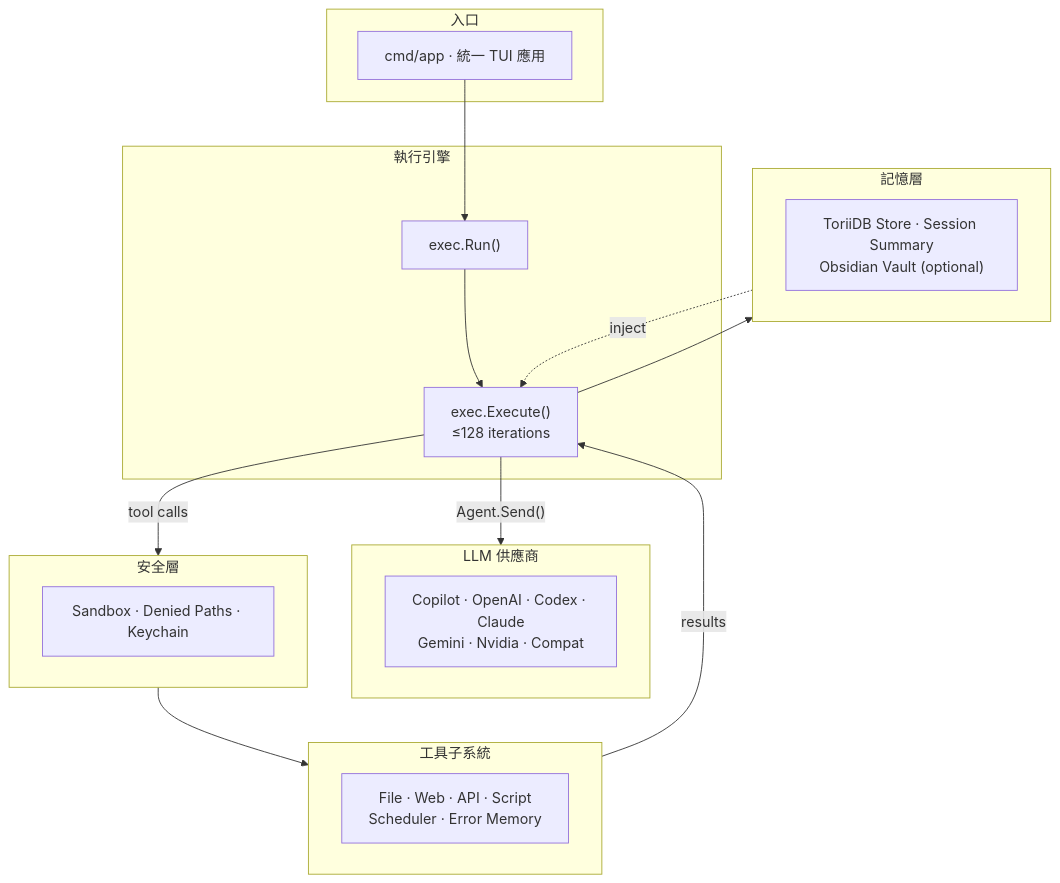
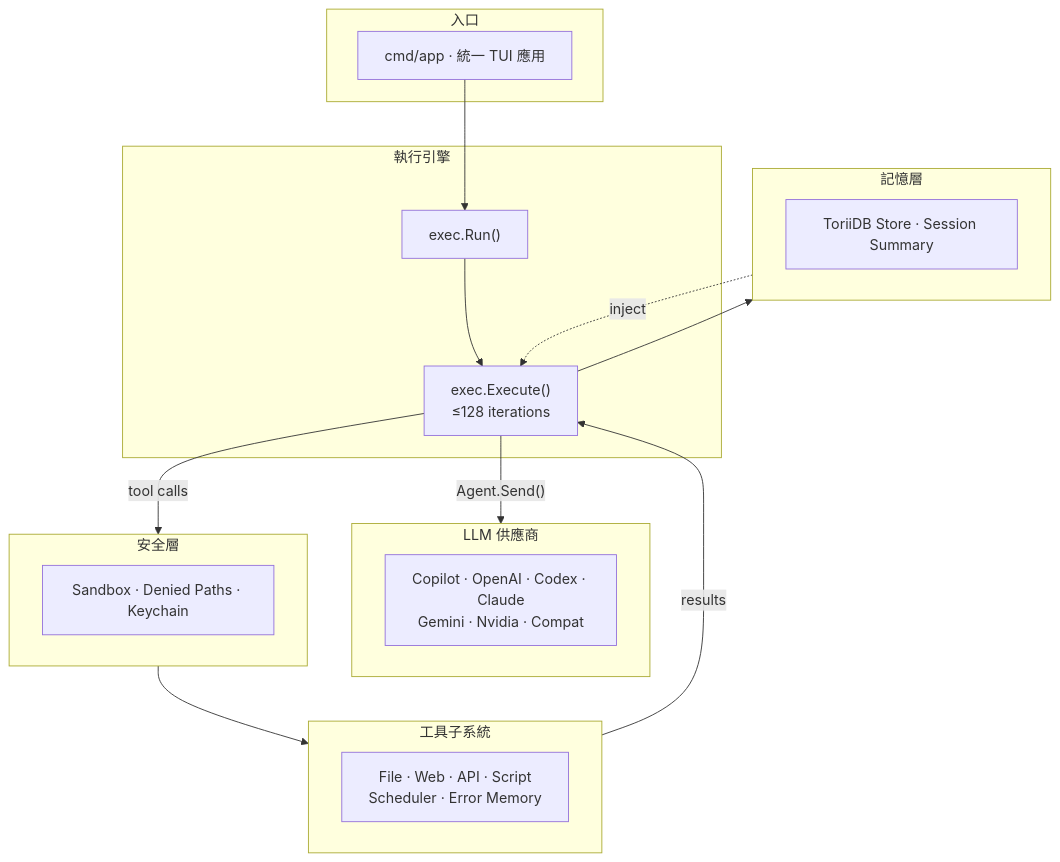
One commit to pardnchiu/Agenvoy changed the diagram in doc/README.zh.md. Above: the diagram before and after it, drawn with Mermaid. The commit also changed other lines of this file and 5 other files, not shown here.

````diff
--- a/doc/README.zh.md
+++ b/doc/README.zh.md
@@ -52,36 +52,36 @@
 ```mermaid
 graph TB
     subgraph Entry ["入口"]
         App["cmd/app · 統一 TUI 應用"]
     end
 
     subgraph Engine ["執行引擎"]
         Run["exec.Run()"]
         Execute["exec.Execute()\n≤128 iterations"]
     end
 
     subgraph Providers ["LLM 供應商"]
         P["Copilot · OpenAI · Codex · Claude\nGemini · Nvidia · Compat"]
     end
 
     subgraph Security ["安全層"]
         S["Sandbox · Denied Paths · Keychain"]
     end
 
     subgraph Tools ["工具子系統"]
         T["File · Web · API · Script\nScheduler · Error Memory"]
     end
 
     subgraph Memory ["記憶層"]
-        M["ToriiDB Store · Session Summary\nObsidian Vault (optional)"]
+        M["ToriiDB Store · Session Summary"]
     end
 
     App --> Run
     Run --> Execute
     Execute -->|"Agent.Send()"| Providers
     Execute -->|"tool calls"| Security
     Security --> Tools
     Tools -->|"results"| Execute
     Execute --> Memory
     Memory -.->|"inject"| Execute
 ```
````
